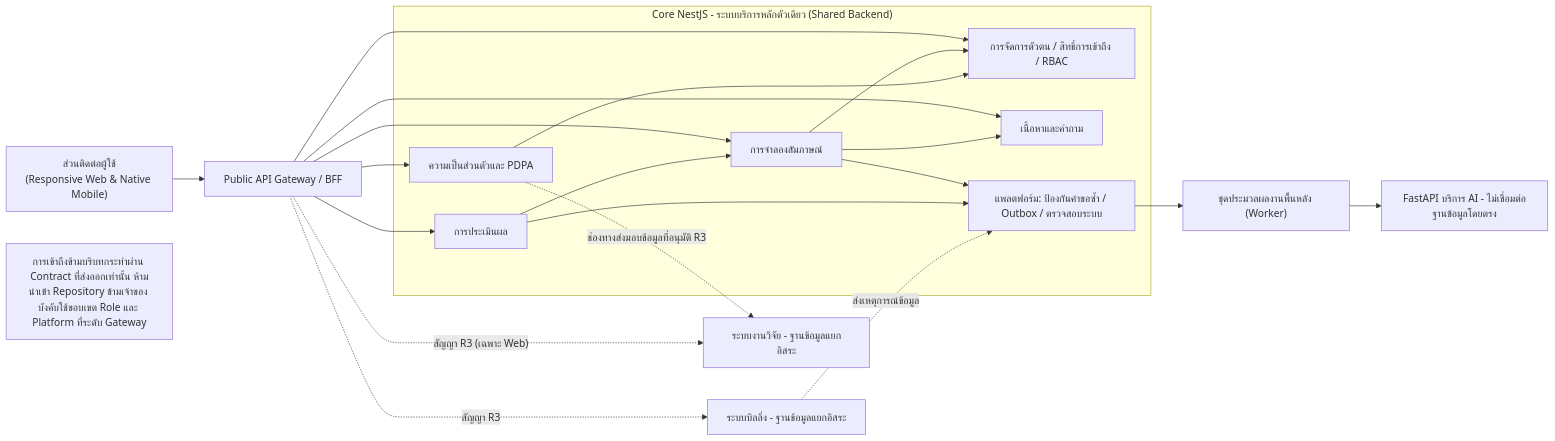
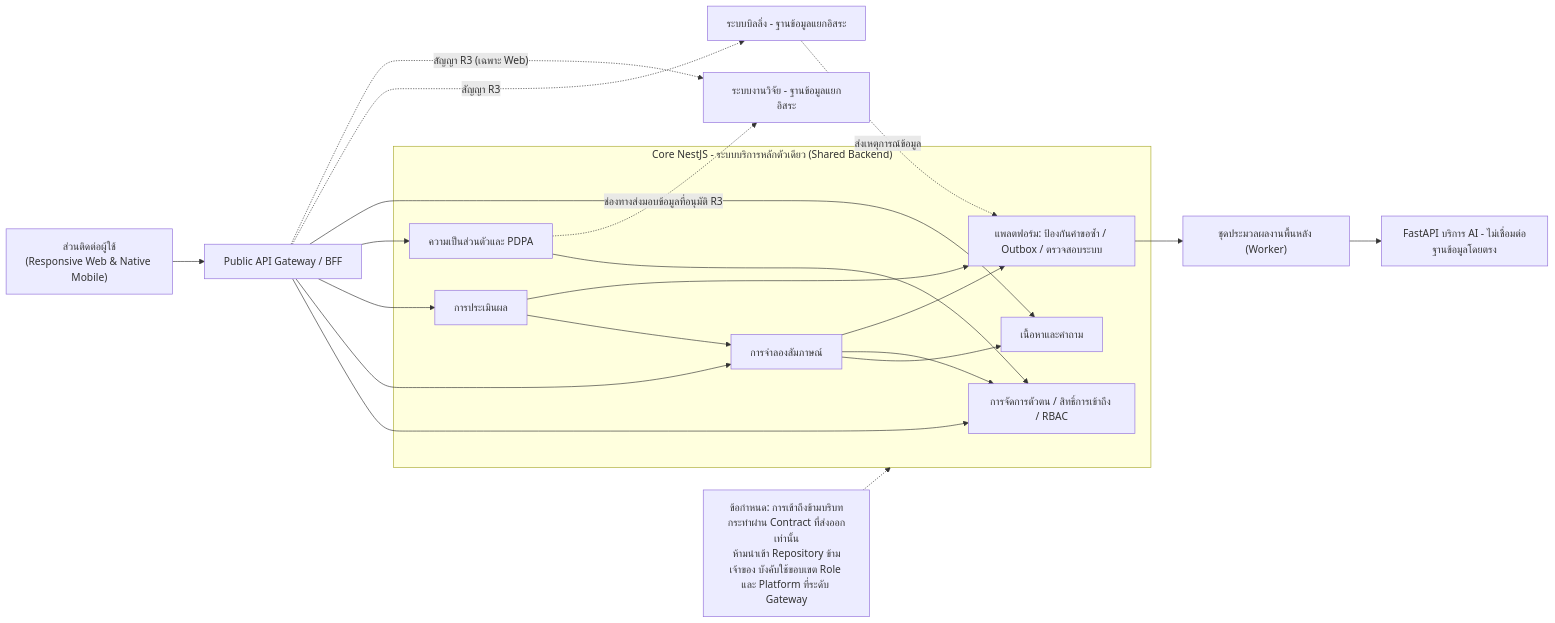
One commit to Phoomss/interviewx-datahub changed diagram 20 of 26 in docs-interviex/03_SRS_Requirements/InterviewX_SRS_Report_Revised_TH.md. Above: the diagram before and after it, drawn with Mermaid. The commit also changed other lines of this file and 1 other file, not shown here.

Commit message:
Update architecture diagrams and mermaid syntax in documentation

````diff
--- a/docs-interviex/03_SRS_Requirements/InterviewX_SRS_Report_Revised_TH.md
+++ b/docs-interviex/03_SRS_Requirements/InterviewX_SRS_Report_Revised_TH.md
@@ -2061,28 +2074,36 @@
 ```mermaid
 flowchart LR
  subgraph CORE["Core NestJS - ระบบบริการหลักตัวเดียว (Shared Backend)"]
   Access["การจัดการตัวตน / สิทธิ์การเข้าถึง / RBAC"]
   Interview["การจำลองสัมภาษณ์"]
   Content["เนื้อหาและคำถาม"]
   Eval["การประเมินผล"]
   Privacy["ความเป็นส่วนตัวและ PDPA"]
   Plat["แพลตฟอร์ม: ป้องกันคำขอซ้ำ / Outbox / ตรวจสอบระบบ"]
  end
 
- ClientFrontends["ส่วนติดต่อผู้ใช้\n(Responsive Web & Native Mobile)"] --> API["Public API Gateway / BFF"]
- API --> Access & Interview & Eval & Privacy & Content
+ ClientFrontends["ส่วนติดต่อผู้ใช้<br/>(Responsive Web & Native Mobile)"] --> API["Public API Gateway / BFF"]
+ API --> Access
+ API --> Interview
+ API --> Eval
+ API --> Privacy
+ API --> Content
+
  Interview --> Content
  Interview --> Access
  Eval --> Interview
  Privacy --> Access
  Interview --> Plat
  Eval --> Plat
+
  Plat --> Worker["ชุดประมวลผลงานพื้นหลัง (Worker)"]
  Worker --> AI["FastAPI บริการ AI - ไม่เชื่อมต่อฐานข้อมูลโดยตรง"]
- API -. "สัญญา R3" .-> Billing["ระบบบิลลิ่ง - ฐานข้อมูลแยกอิสระ"]
- API -. "สัญญา R3 (เฉพาะ Web)" .-> Research["ระบบงานวิจัย - ฐานข้อมูลแยกอิสระ"]
- Billing -. "ส่งเหตุการณ์ข้อมูล" .-> Plat
- Privacy -. "ช่องทางส่งมอบข้อมูลที่อนุมัติ R3" .-> Research
 
- note["การเข้าถึงข้ามบริบทกระทำผ่าน Contract ที่ส่งออกเท่านั้น ห้ามนำเข้า Repository ข้ามเจ้าของ บังคับใช้ขอบเขต Role และ Platform ที่ระดับ Gateway"]
+ API -.->|สัญญา R3| Billing["ระบบบิลลิ่ง - ฐานข้อมูลแยกอิสระ"]
+ API -.->|"สัญญา R3 (เฉพาะ Web)"| Research["ระบบงานวิจัย - ฐานข้อมูลแยกอิสระ"]
+ Billing -.->|ส่งเหตุการณ์ข้อมูล| Plat
+ Privacy -.->|ช่องทางส่งมอบข้อมูลที่อนุมัติ R3| Research
+
+ note["ข้อกำหนด: การเข้าถึงข้ามบริบทกระทำผ่าน Contract ที่ส่งออกเท่านั้น<br/>ห้ามนำเข้า Repository ข้ามเจ้าของ บังคับใช้ขอบเขต Role และ Platform ที่ระดับ Gateway"]
+ note -.-> CORE
 ```
````
